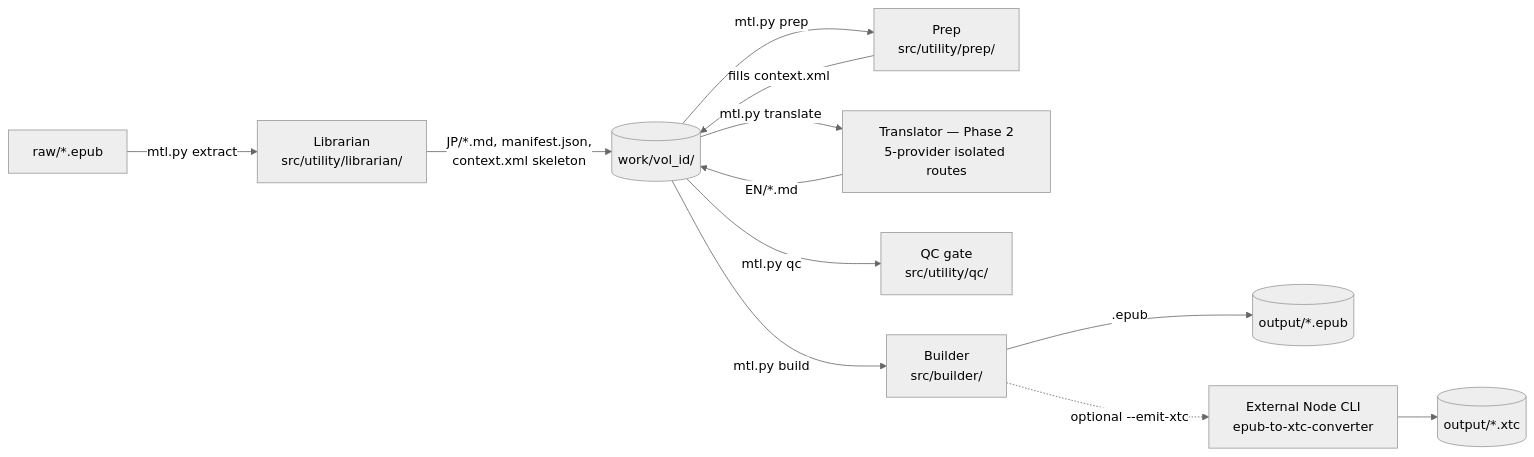
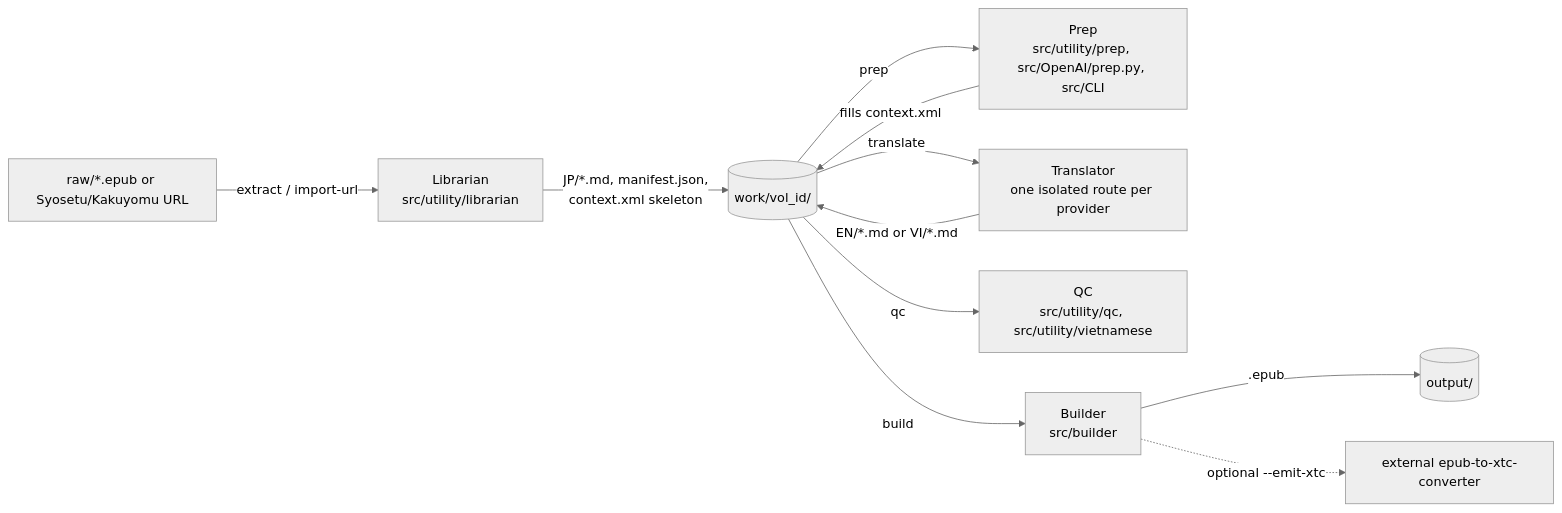
The diagram in ARCHITECTURE.md (tienlx97/llm-trans), drawn with Mermaid (neutral theme) before and after one commit. The commit also changed other lines of this file and 105 other files, not shown here.

````diff
--- a/ARCHITECTURE.md
+++ b/ARCHITECTURE.md
@@ -21,14 +19,13 @@
 ```mermaid
 flowchart LR
-    A[raw/*.epub] -->|mtl.py extract| B[Librarian\nsrc/utility/librarian/]
+    A[raw/*.epub or Syosetu/Kakuyomu URL] -->|extract / import-url| B[Librarian\nsrc/utility/librarian]
     B -->|JP/*.md, manifest.json,\ncontext.xml skeleton| W[(work/vol_id/)]
-    W -->|mtl.py prep| C[Prep\nsrc/utility/prep/]
+    W -->|prep| C[Prep\nsrc/utility/prep, src/OpenAI/prep.py, src/CLI]
     C -->|fills context.xml| W
-    W -->|mtl.py translate| D[Translator — Phase 2\n5-provider isolated routes]
-    D -->|EN/*.md| W
-    W -->|mtl.py qc| E[QC gate\nsrc/utility/qc/]
-    W -->|mtl.py build| F[Builder\nsrc/builder/]
-    F -->|.epub| O[(output/*.epub)]
-    F -.optional --emit-xtc.-> X[External Node CLI\nepub-to-xtc-converter]
-    X --> OX[(output/*.xtc)]
+    W -->|translate| D[Translator\none isolated route per provider]
+    D -->|EN/*.md or VI/*.md| W
+    W -->|qc| E[QC\nsrc/utility/qc, src/utility/vietnamese]
+    W -->|build| F[Builder\nsrc/builder]
+    F -->|.epub| O[(output/)]
+    F -.optional --emit-xtc.-> X[external epub-to-xtc-converter]
 ```
````
